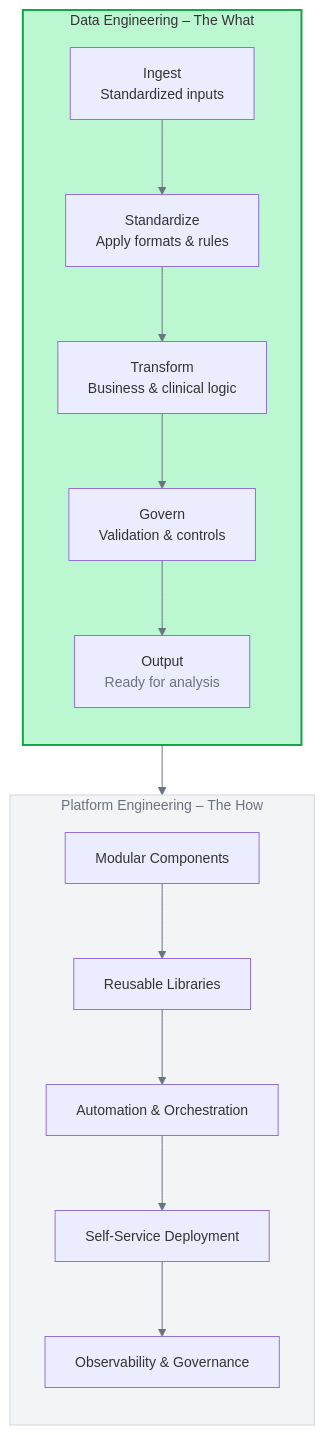
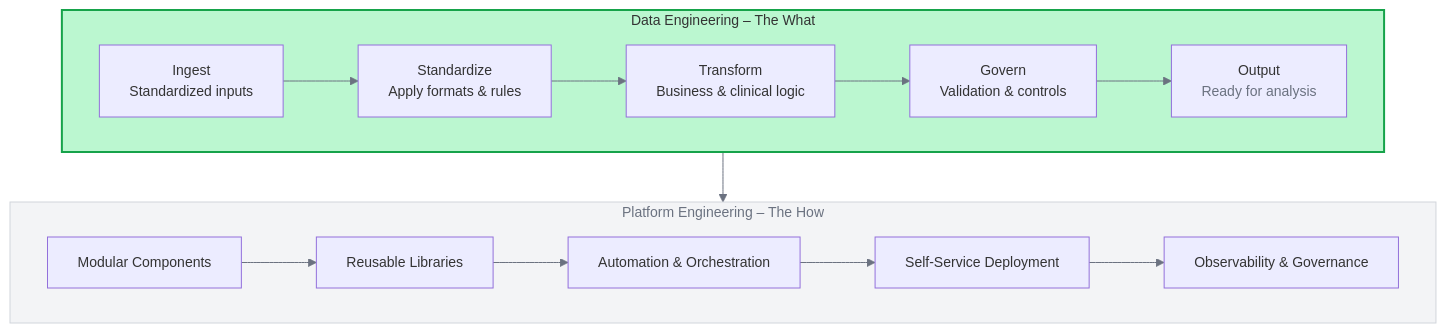
The first of 4 diagrams in _posts/2025-08-27-fragmented-data-flows-to-governed-data-pipelines.md.md (mlogan914/mlogan914.github.io), drawn with Mermaid before and after one commit.

Commit message:
Updating article

````diff
--- a/_posts/2025-08-27-fragmented-data-flows-to-governed-data-pipelines.md.md
+++ b/_posts/2025-08-27-fragmented-data-flows-to-governed-data-pipelines.md.md
@@ -42,19 +42,23 @@
 ```mermaid
 %%{init: { 'theme': 'default', 'themeVariables': { 'fontSize': '14px', 'primaryColor': '#d1fae5', 'secondaryColor': '#f9fafb', 'primaryTextColor': '#064e3b', 'secondaryTextColor': '#6b7280', 'lineColor': '#6b7280', 'tertiaryColor': '#f3f4f6' }}}%%
 flowchart TB
+    %% Top layer: Data Engineering
     subgraph DE[Data Engineering – The What]
-      direction TB
+      direction LR
       ING[Ingest<br><span style="color:#6b7280;">Standardized inputs</span>] --> STD[Standardize<br><span style="color:#6b7280;">Apply formats & rules</span>] --> TRF[Transform<br><span style="color:#6b7280;">Business & clinical logic</span>] --> GOV[Govern<br><span style="color:#6b7280;">Validation & controls</span>] --> OUT[Output<br><span style="color:#6b7280;">Ready for analysis</span>]
     end
 
+    %% Bottom layer: Platform Engineering
     subgraph PE[Platform Engineering – The How]
-      direction TB
+      direction LR
       MOD[Modular Components] --> LIB[Reusable Libraries] --> AUTO[Automation & Orchestration] --> SELF[Self-Service Deployment] --> OBS[Observability & Governance]
     end
 
+    %% Positioning: Stack layers vertically
     DE --> PE
 
+    %% Styling
     style DE fill:#bbf7d0,stroke:#16a34a,stroke-width:2px
     style PE fill:#f3f4f6,stroke:#d1d5db,stroke-width:1px,color:#6b7280
 
 ```
````
